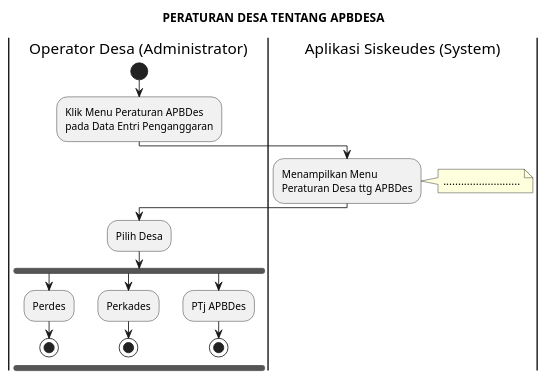
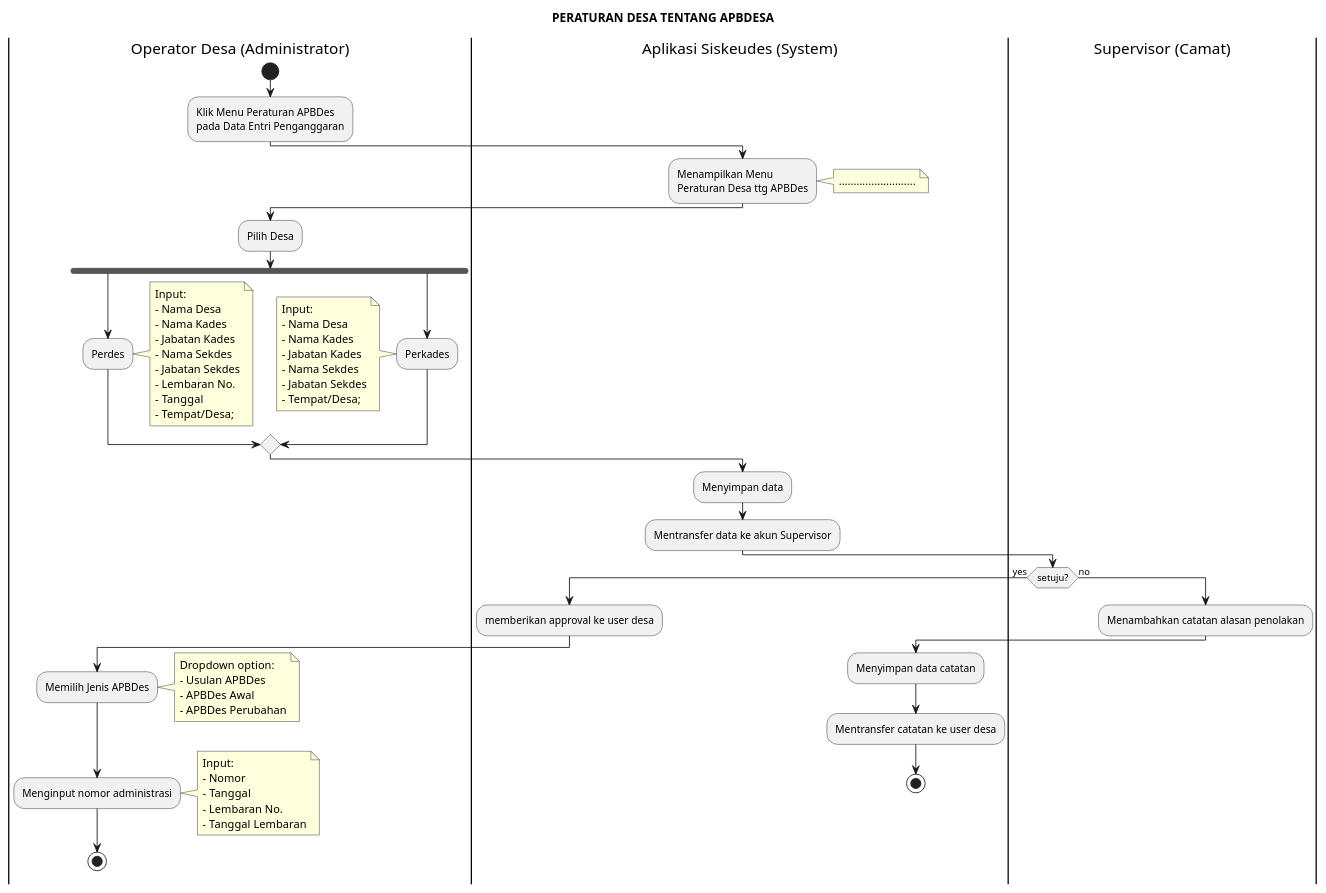
One commit to diancahyadi86/ProbisSiskudesWeb changed the diagram in Act Diagram/ANG2_Posting APDDes.puml. Above: the diagram before and after it, drawn with PlantUML.

Commit message:
nambah alur posting

```diff
--- a/Act Diagram/ANG2_Posting APDDes.puml
+++ b/Act Diagram/ANG2_Posting APDDes.puml
@@ -1,29 +1,77 @@
 @startuml
 title "PERATURAN DESA TENTANG APBDESA"
 |Operator Desa (Administrator)|
 start
 :Klik Menu Peraturan APBDes
 pada Data Entri Penganggaran;
+|Aplikasi Siskeudes (System)|
+|Supervisor (Camat)|
 |Aplikasi Siskeudes (System)|
 :Menampilkan Menu
 Peraturan Desa ttg APBDes;
 note right
     ..........................
 end note
 |Operator Desa (Administrator)|
 :Pilih Desa;
 fork
 :Perdes;
-stop
+note right
+Input:
+- Nama Desa
+- Nama Kades
+- Jabatan Kades
+- Nama Sekdes
+- Jabatan Sekdes
+- Lembaran No.
+- Tanggal
+- Tempat/Desa;
+endnote
 fork again
 :Perkades;
-stop
-fork again
-:PTj APBDes;
+note left
+Input:
+- Nama Desa
+- Nama Kades
+- Jabatan Kades
+- Nama Sekdes
+- Jabatan Sekdes
+- Tempat/Desa;
+end note
+end merge
+|Aplikasi Siskeudes (System)|
+:Menyimpan data;
+:Mentransfer data ke akun Supervisor;
+|Supervisor (Camat)|
+if (setuju?) then (yes);
+|Aplikasi Siskeudes (System)|
+:memberikan approval ke user desa;
+|Operator Desa (Administrator)|
+:Memilih Jenis APBDes;
+note right
+Dropdown option:
+- Usulan APBDes
+- APBDes Awal
+- APBDes Perubahan
+end note
+:Menginput nomor administrasi;
+note right
+Input:
+- Nomor
+- Tanggal
+- Lembaran No.
+- Tanggal Lembaran
+endnote
+stop    
+|Supervisor (Camat)|
+else (no)
+:Menambahkan catatan alasan penolakan;
+|Aplikasi Siskeudes (System)|
+:Menyimpan data catatan;
+:Mentransfer catatan ke user desa;
 stop
 
 
 
 
-
 @enduml
```
